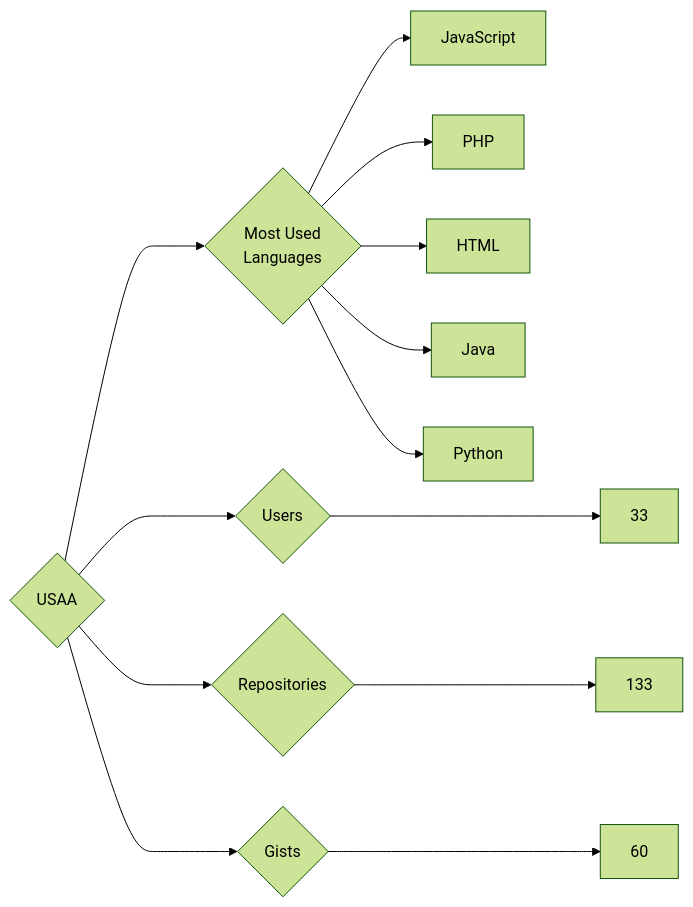
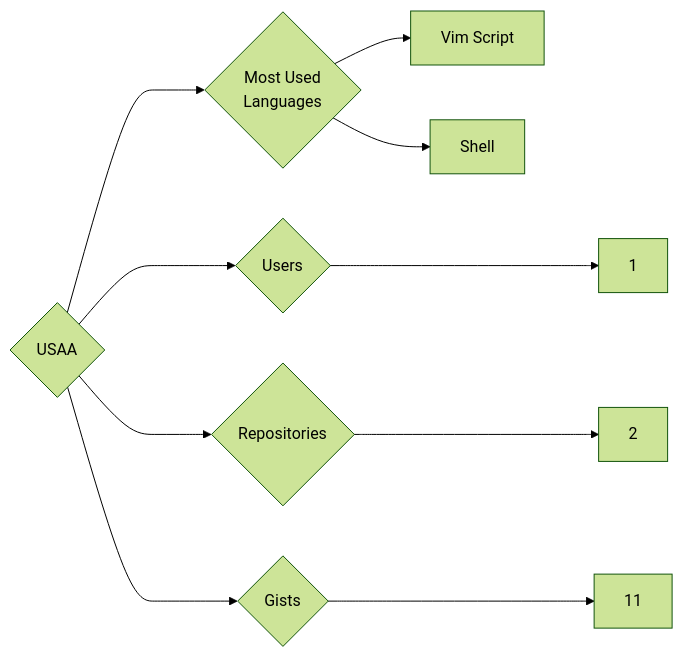
The diagram in targets/USAA/README.md (trickest/insiders), drawn with Mermaid (forest theme) before and after one commit. The commit also changed 787 other files, not shown here.

````diff
--- a/targets/USAA/README.md
+++ b/targets/USAA/README.md
@@ -3,13 +3,10 @@
 ```mermaid
 graph LR
 COMPANY_NAME{USAA}
-COMPANY_NAME ---> U{Users} ---> UN[33]
-COMPANY_NAME ---> R{Repositories} ---> RN[133]
-COMPANY_NAME ---> G{Gists} ---> GN[60]
+COMPANY_NAME ---> U{Users} ---> UN[1]
+COMPANY_NAME ---> R{Repositories} ---> RN[2]
+COMPANY_NAME ---> G{Gists} ---> GN[11]
 COMPANY_NAME ---> ML{Most Used<br>Languages}
-ML --> JavaScript[JavaScript]
-ML --> PHP[PHP]
-ML --> HTML[HTML]
-ML --> Java[Java]
-ML --> Python[Python]
+ML --> Vim_Script[Vim Script]
+ML --> Shell[Shell]
 ```
````
